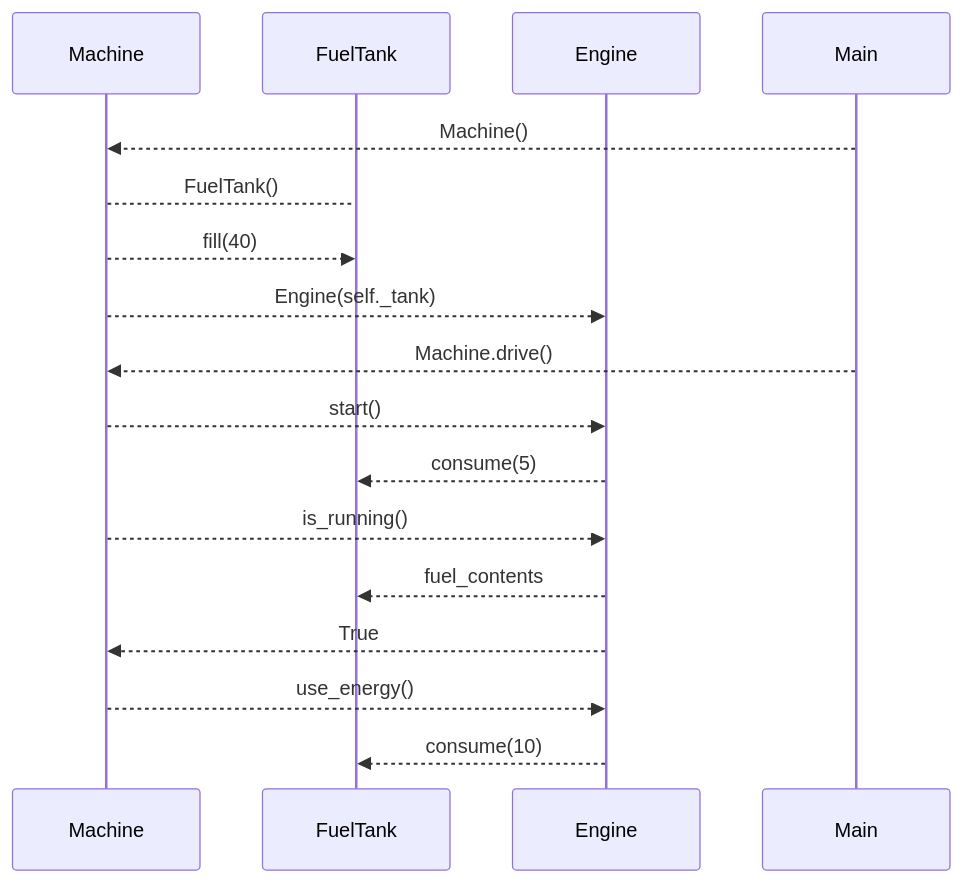
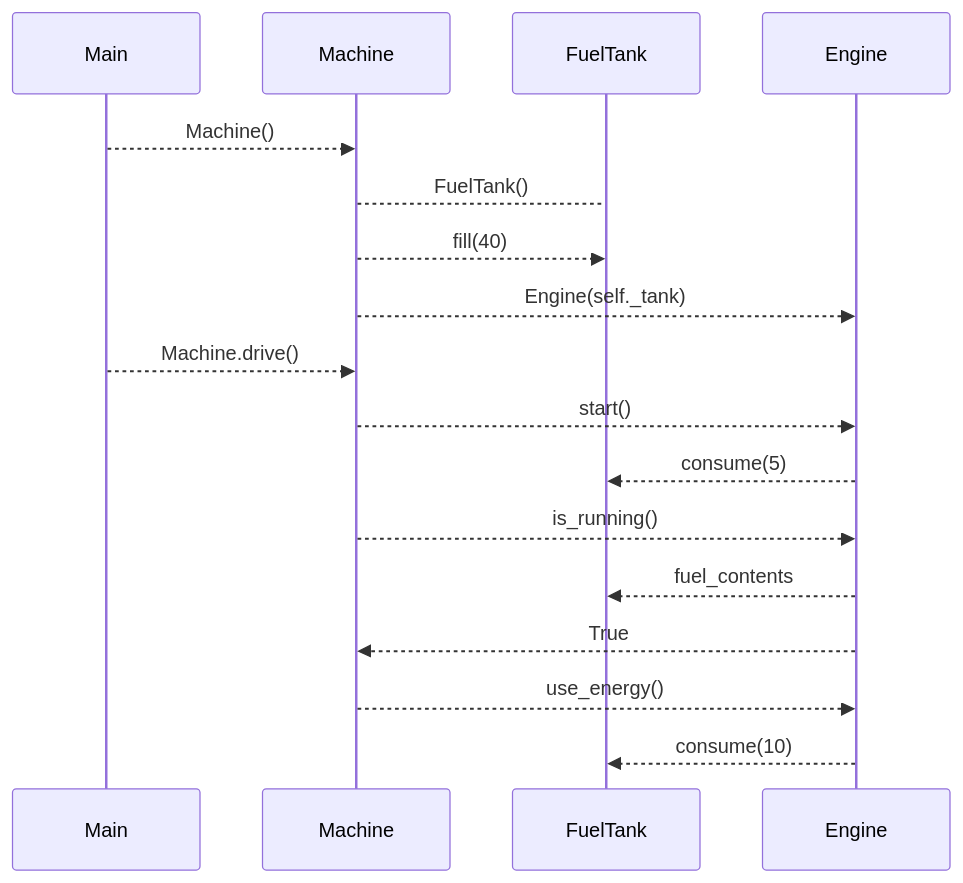
Before and after one commit to asomaki/ot-harjoitustyo: the diagram in laskarit/viikko3/bensatankki.md, drawn with Mermaid.

Commit message:
bensatankin kaavio

````diff
--- a/laskarit/viikko3/bensatankki.md
+++ b/laskarit/viikko3/bensatankki.md
@@ -1,25 +1,26 @@
 ```mermaid
 	sequenceDiagram
+	    participant Main as Main
 	    participant M as Machine
 	    participant F as FuelTank
 	    participant E as Engine    
 	    
 	    Main-->>M: Machine()
 	    M-->F: FuelTank()
 	    M-->>F: fill(40)
 	    M-->>E: Engine(self._tank)
 	    Main-->>M: Machine.drive()
 	    M-->>E: start()
 	    E-->>F: consume(5)
 	    M-->>E: is_running()
 	    E-->>F: fuel_contents
 	    E-->>M: True
 	    M-->>E: use_energy()
 	    E-->>F: consume(10)
-	
+	    
 
 
 
 
 
 ```
````
